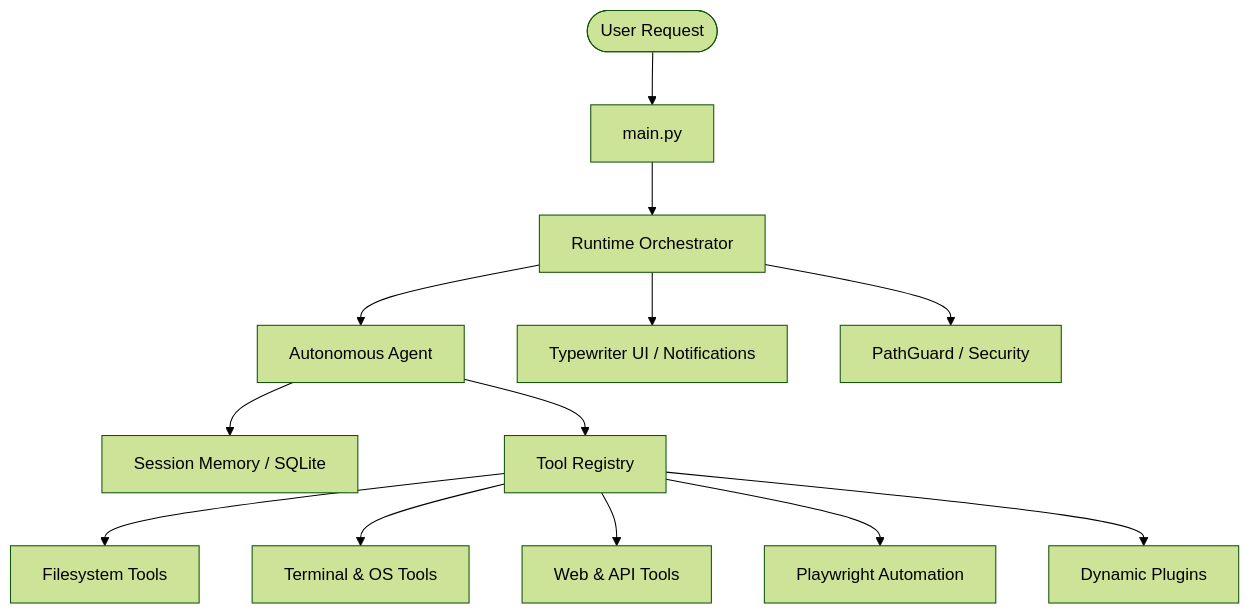
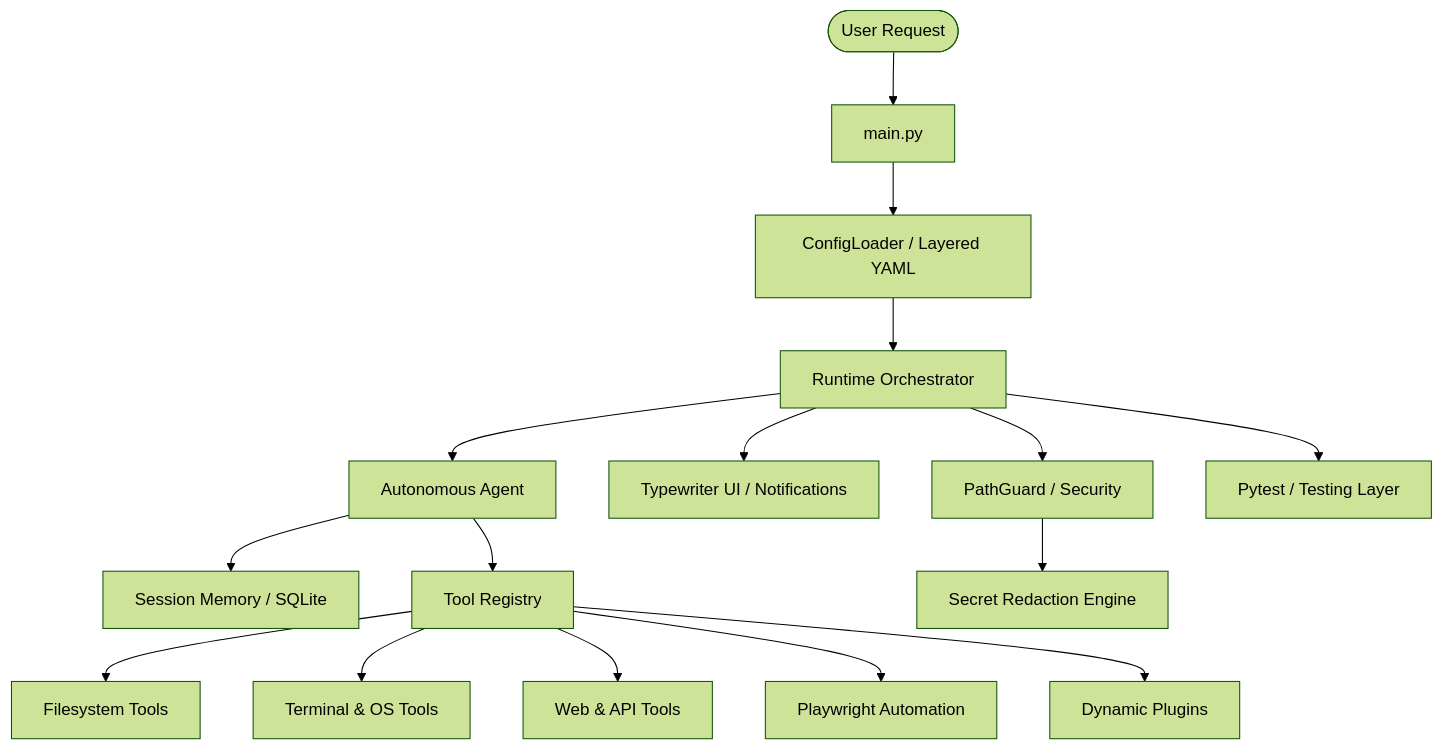
The diagram in docs/architecture.md (shrs425p/AgenticOS), drawn with Mermaid (forest theme) before and after one commit. The commit also changed other lines of this file and 92 other files, not shown here.

````diff
--- a/docs/architecture.md
+++ b/docs/architecture.md
@@ -16,16 +16,19 @@
 ```mermaid
 graph TD
     User([User Request]) --> Main[main.py]
-    Main --> Orchestrator[Runtime Orchestrator]
+    Main --> Config[ConfigLoader / Layered YAML]
+    Config --> Orchestrator[Runtime Orchestrator]
     Orchestrator --> Agent[Autonomous Agent]
     Agent --> Memory[Session Memory / SQLite]
     Agent --> Registry[Tool Registry]
     Registry --> Files[Filesystem Tools]
     Registry --> Terminal[Terminal & OS Tools]
     Registry --> Web[Web & API Tools]
     Registry --> Browser[Playwright Automation]
     Registry --> Plugins[Dynamic Plugins]
     
     Orchestrator --> UI[Typewriter UI / Notifications]
     Orchestrator --> Guard[PathGuard / Security]
+    Guard --> Redact[Secret Redaction Engine]
+    Orchestrator --> Test[Pytest / Testing Layer]
 ```
````
